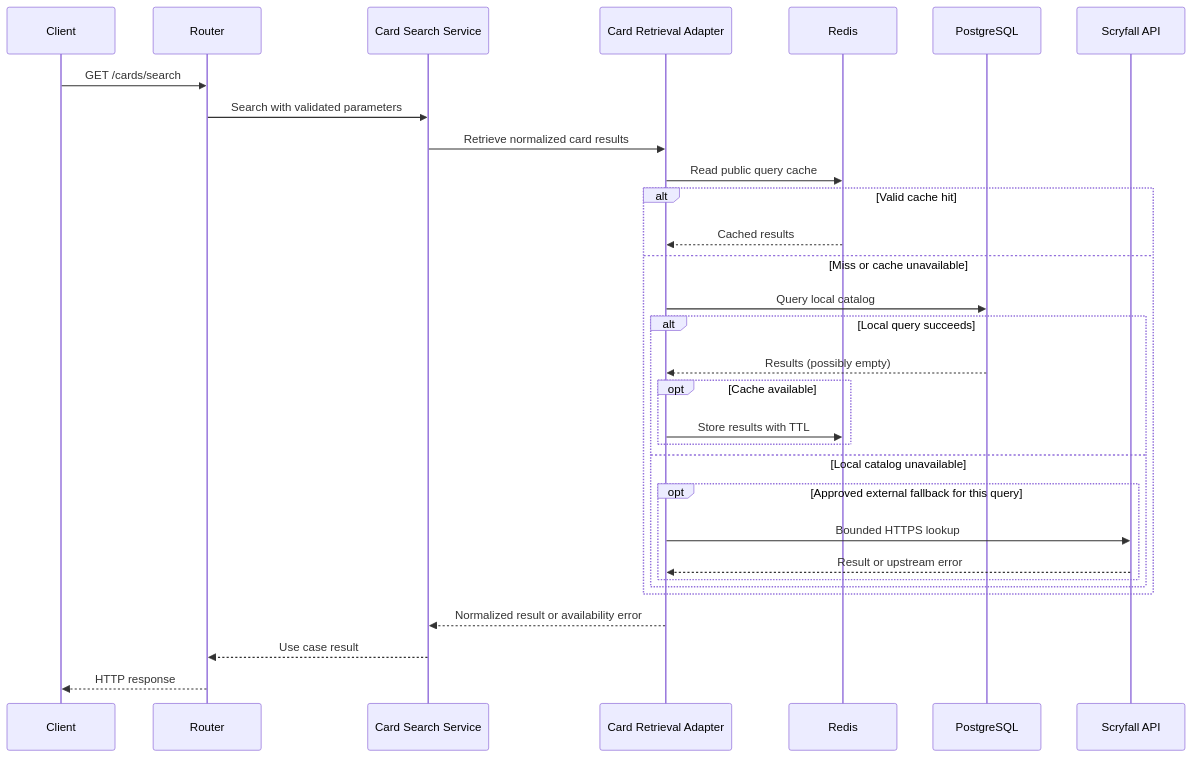
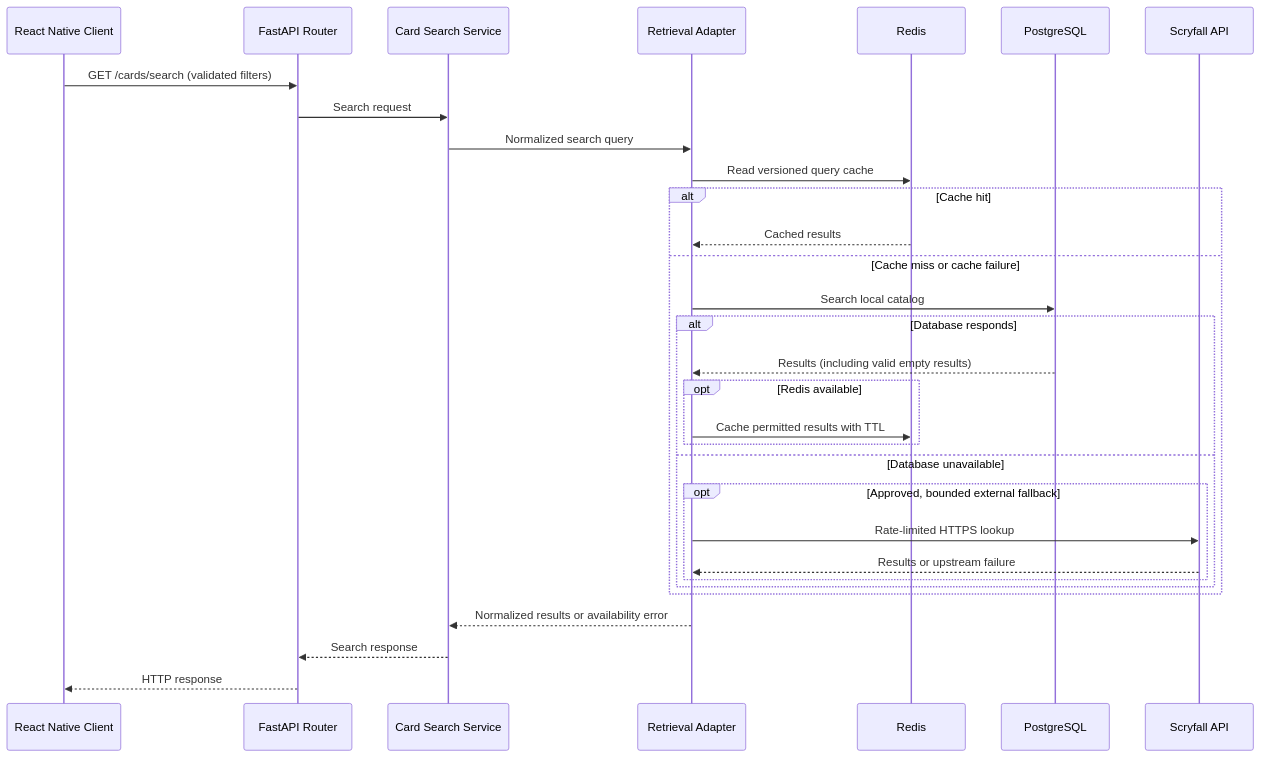
The first of 2 diagrams in docs/system-architecture-and-design.md (ARMummert/arcane-archive-docs), drawn with Mermaid before and after one commit. The commit also changed other lines of this file and 1 other file, not shown here.

````diff
--- a/docs/system-architecture-and-design.md
+++ b/docs/system-architecture-and-design.md
@@ -197,33 +197,33 @@
 ```mermaid
 sequenceDiagram
-    participant Client
-    participant Router
+    participant Client as React Native Client
+    participant Router as FastAPI Router
     participant Service as Card Search Service
-    participant Data as Card Retrieval Adapter
+    participant Adapter as Retrieval Adapter
     participant Cache as Redis
     participant DB as PostgreSQL
-    participant External as Scryfall API
-    Client->>Router: GET /cards/search
-    Router->>Service: Search with validated parameters
-    Service->>Data: Retrieve normalized card results
-    Data->>Cache: Read public query cache
-    alt Valid cache hit
-        Cache-->>Data: Cached results
-    else Miss or cache unavailable
-        Data->>DB: Query local catalog
-        alt Local query succeeds
-            DB-->>Data: Results (possibly empty)
-            opt Cache available
-                Data->>Cache: Store results with TTL
+    participant Scryfall as Scryfall API
+    Client->>Router: GET /cards/search (validated filters)
+    Router->>Service: Search request
+    Service->>Adapter: Normalized search query
+    Adapter->>Cache: Read versioned query cache
+    alt Cache hit
+        Cache-->>Adapter: Cached results
+    else Cache miss or cache failure
+        Adapter->>DB: Search local catalog
+        alt Database responds
+            DB-->>Adapter: Results (including valid empty results)
+            opt Redis available
+                Adapter->>Cache: Cache permitted results with TTL
             end
-        else Local catalog unavailable
-            opt Approved external fallback for this query
-                Data->>External: Bounded HTTPS lookup
-                External-->>Data: Result or upstream error
+        else Database unavailable
+            opt Approved, bounded external fallback
+                Adapter->>Scryfall: Rate-limited HTTPS lookup
+                Scryfall-->>Adapter: Results or upstream failure
             end
         end
     end
-    Data-->>Service: Normalized result or availability error
-    Service-->>Router: Use case result
+    Adapter-->>Service: Normalized results or availability error
+    Service-->>Router: Search response
     Router-->>Client: HTTP response
 ```
````
